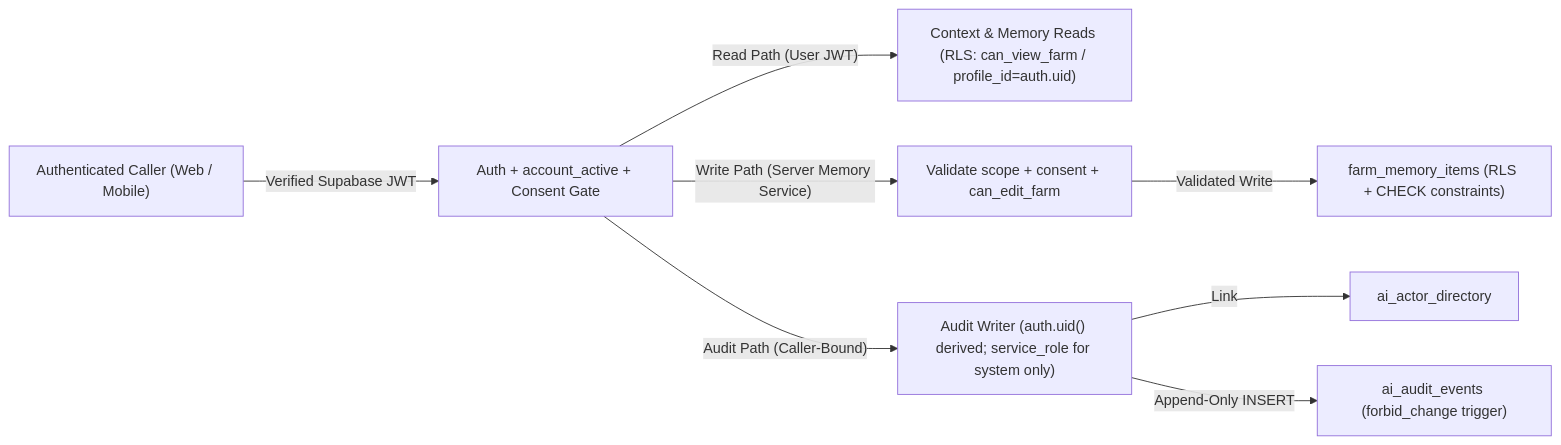
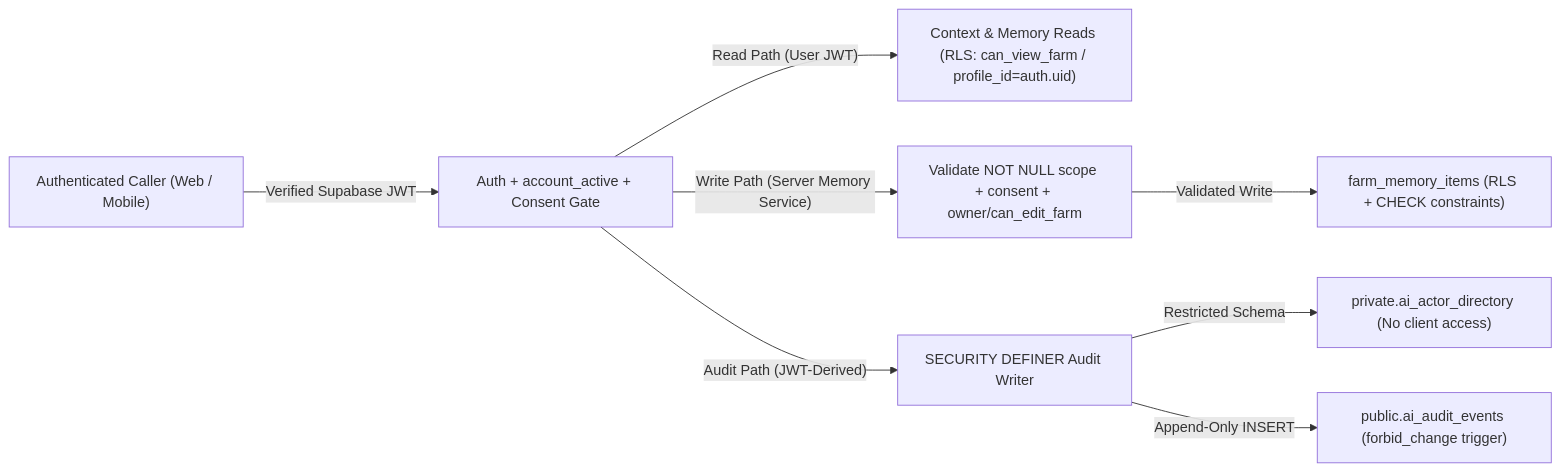
One commit to farmconnect-ux/cultivanode changed the diagram in docs/architecture/batch-03/BATCH_03_0_SECURITY_AND_GOVERNANCE.md. Above: the diagram before and after it, drawn with Mermaid. The commit also changed other lines of this file and 7 other files, not shown here.

Commit message:
docs(architecture): tighten Batch 03.0 identity and memory controls

````diff
--- a/docs/architecture/batch-03/BATCH_03_0_SECURITY_AND_GOVERNANCE.md
+++ b/docs/architecture/batch-03/BATCH_03_0_SECURITY_AND_GOVERNANCE.md
@@ -11,10 +11,10 @@
 ```mermaid
 flowchart LR
   User["Authenticated Caller (Web / Mobile)"] -->|"Verified Supabase JWT"| Gate["Auth + account_active + Consent Gate"]
   Gate -->|"Read Path (User JWT)"| ReadDB["Context & Memory Reads (RLS: can_view_farm / profile_id=auth.uid)"]
-  Gate -->|"Write Path (Server Memory Service)"| MemSvc["Validate scope + consent + can_edit_farm"]
+  Gate -->|"Write Path (Server Memory Service)"| MemSvc["Validate NOT NULL scope + consent + owner/can_edit_farm"]
   MemSvc -->|"Validated Write"| MemDB["farm_memory_items (RLS + CHECK constraints)"]
-  Gate -->|"Audit Path (Caller-Bound)"| AudW["Audit Writer (auth.uid() derived; service_role for system only)"]
-  AudW -->|"Link"| Dir["ai_actor_directory"]
-  AudW -->|"Append-Only INSERT"| AudDB["ai_audit_events (forbid_change trigger)"]
+  Gate -->|"Audit Path (JWT-Derived)"| AudW["SECURITY DEFINER Audit Writer"]
+  AudW -->|"Restricted Schema"| Dir["private.ai_actor_directory (No client access)"]
+  AudW -->|"Append-Only INSERT"| AudDB["public.ai_audit_events (forbid_change trigger)"]
 ```
````
